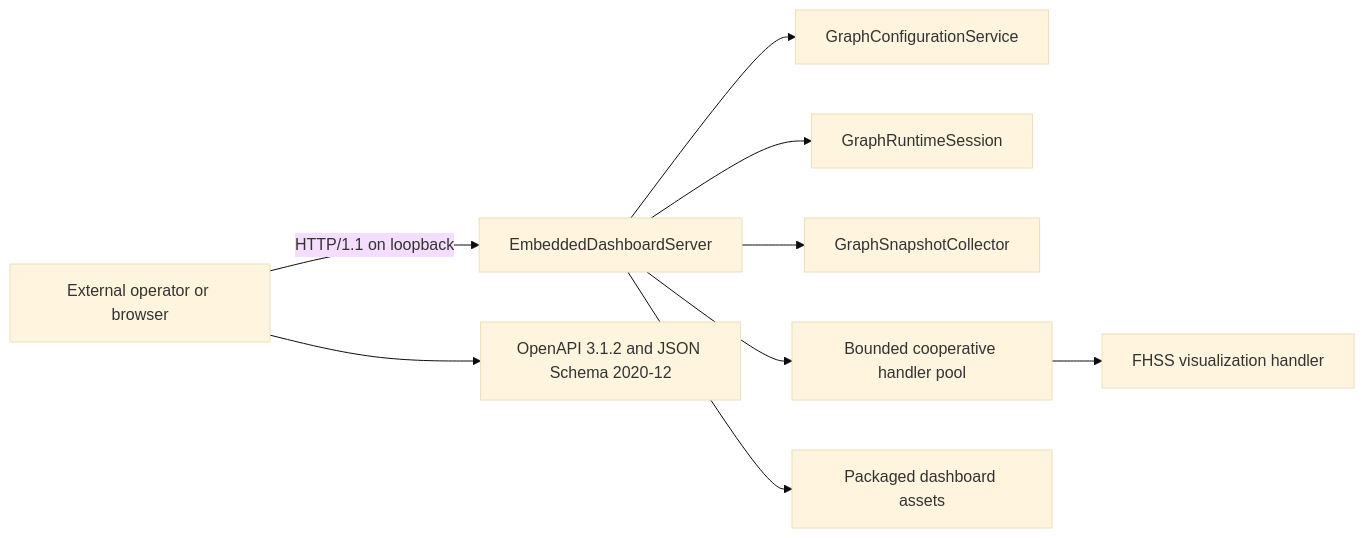
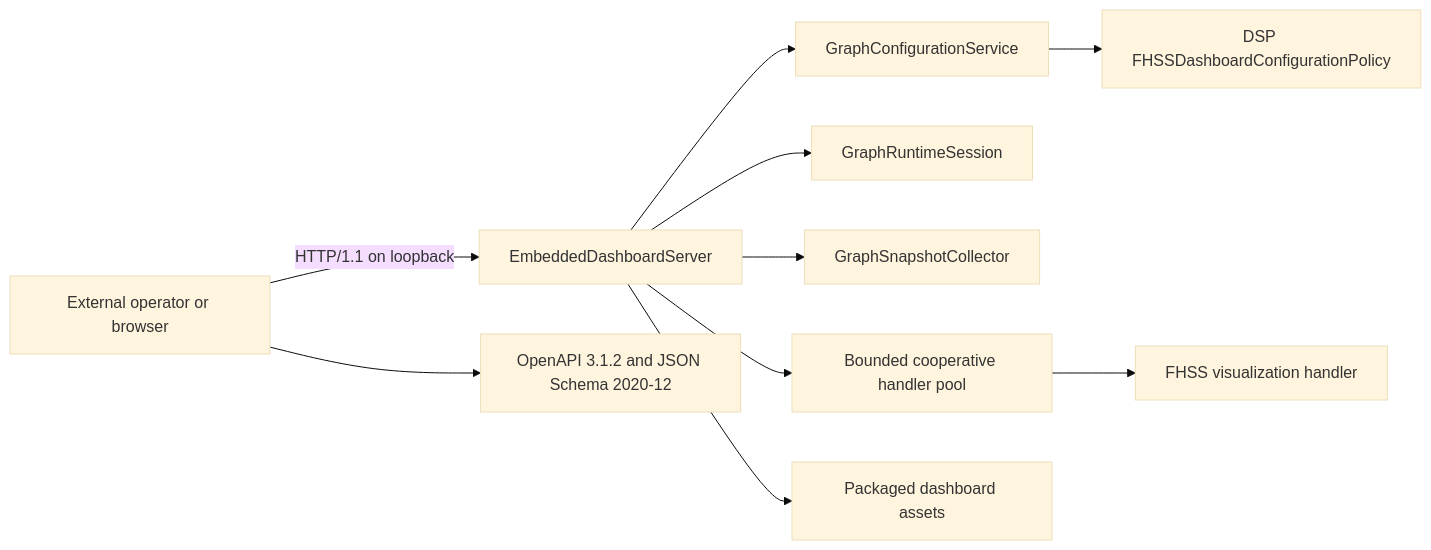
The diagram in docs/graphx_dashboard.md (rklinkhammer/GraphX), drawn with Mermaid (base theme) before and after one commit. The commit also changed other lines of this file and 37 other files, not shown here.

````diff
--- a/docs/graphx_dashboard.md
+++ b/docs/graphx_dashboard.md
@@ -18,11 +19,12 @@
 ```mermaid
 flowchart LR
   Operator["External operator or browser"] -->|"HTTP/1.1 on loopback"| Server["EmbeddedDashboardServer"]
   Server --> Config["GraphConfigurationService"]
+  Config --> Policy["DSP FHSSDashboardConfigurationPolicy"]
   Server --> Runtime["GraphRuntimeSession"]
   Server --> Snapshots["GraphSnapshotCollector"]
   Server --> Pool["Bounded cooperative handler pool"]
   Pool --> FHSS["FHSS visualization handler"]
   Server --> Assets["Packaged dashboard assets"]
   Operator --> Contracts["OpenAPI 3.1.2 and JSON Schema 2020-12"]
 ```
````
